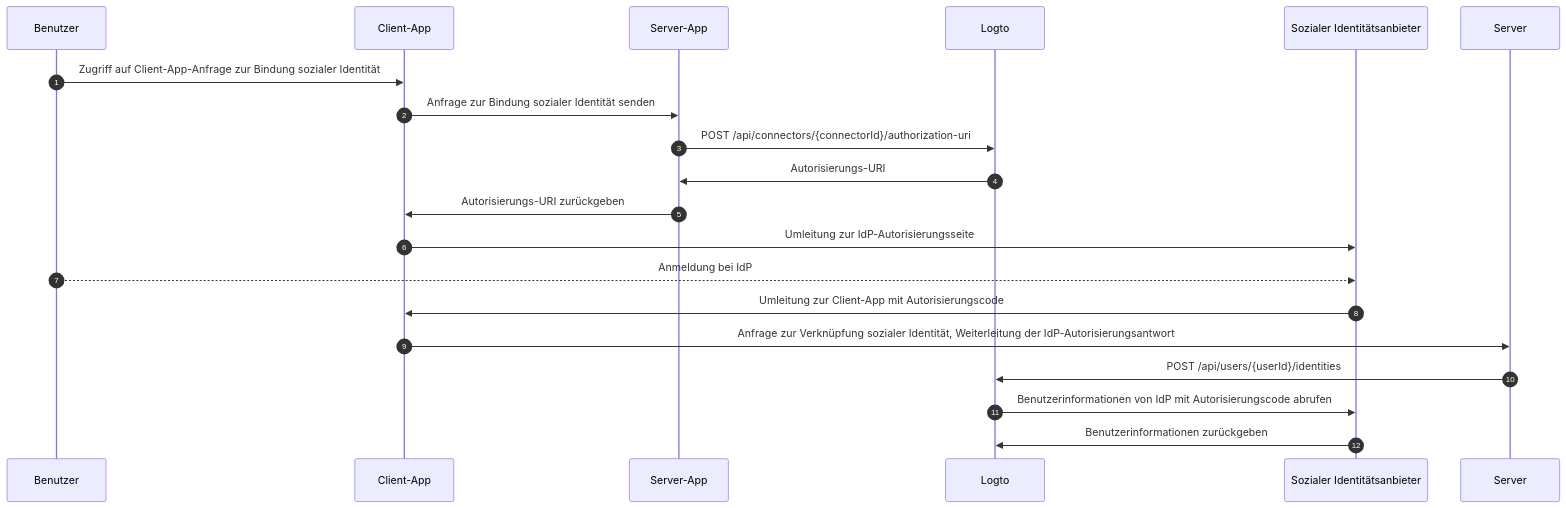
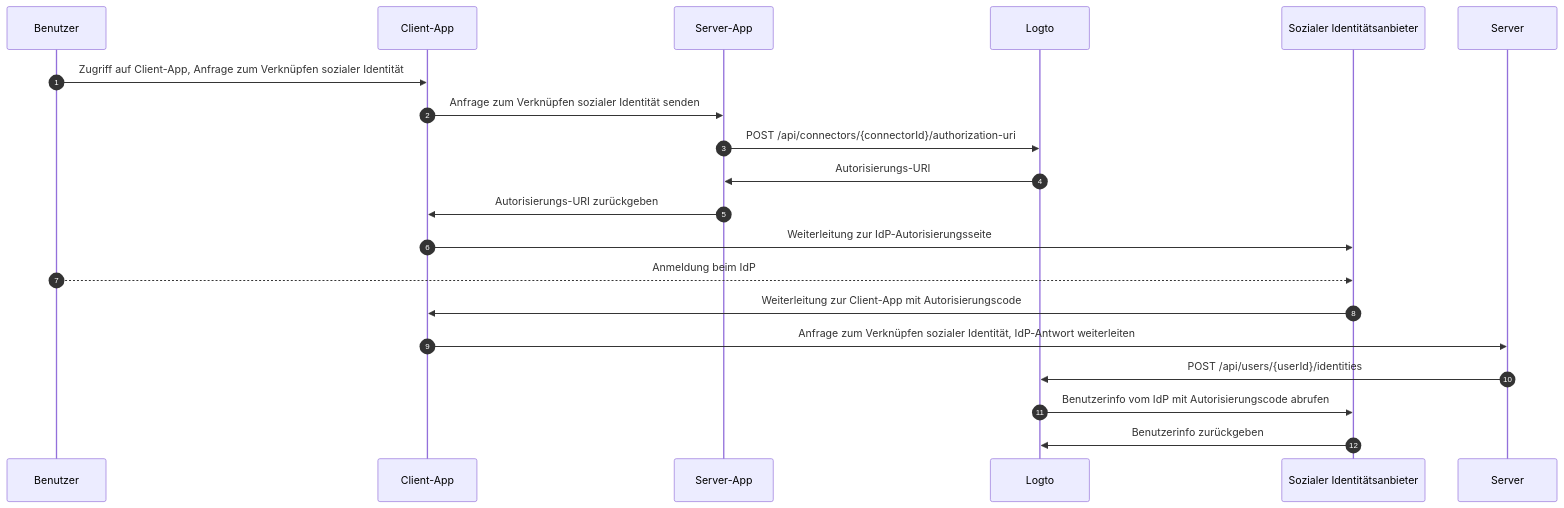
One commit to logto-io/docs changed the third of 3 diagrams in i18n/de/docusaurus-plugin-content-docs/current/end-user-flows/account-settings/by-management-api.mdx. Above: the diagram before and after it, drawn with Mermaid. The commit also changed other lines of this file and 162 other files, not shown here.

````diff
--- a/i18n/de/docusaurus-plugin-content-docs/current/end-user-flows/account-settings/by-management-api.mdx
+++ b/i18n/de/docusaurus-plugin-content-docs/current/end-user-flows/account-settings/by-management-api.mdx
@@ -120,22 +121,22 @@
 ```mermaid
 sequenceDiagram
     autoNumber
     participant User as Benutzer
     participant Client as Client-App
     participant App as Server-App
     participant Logto as Logto
     participant IdP as Sozialer Identitätsanbieter
 
-    User ->> Client: Zugriff auf Client-App-Anfrage zur Bindung sozialer Identität
-    Client ->> App: Anfrage zur Bindung sozialer Identität senden
+    User ->> Client: Zugriff auf Client-App, Anfrage zum Verknüpfen sozialer Identität
+    Client ->> App: Anfrage zum Verknüpfen sozialer Identität senden
     App ->> Logto: POST /api/connectors/{connectorId}/authorization-uri
     Logto ->> App: Autorisierungs-URI
     App ->> Client: Autorisierungs-URI zurückgeben
-    Client ->> IdP: Umleitung zur IdP-Autorisierungsseite
-    User -->> IdP: Anmeldung bei IdP
-    IdP ->> Client: Umleitung zur Client-App mit Autorisierungscode
-    Client ->> Server: Anfrage zur Verknüpfung sozialer Identität, Weiterleitung der IdP-Autorisierungsantwort
+    Client ->> IdP: Weiterleitung zur IdP-Autorisierungsseite
+    User -->> IdP: Anmeldung beim IdP
+    IdP ->> Client: Weiterleitung zur Client-App mit Autorisierungscode
+    Client ->> Server: Anfrage zum Verknüpfen sozialer Identität, IdP-Antwort weiterleiten
     Server ->> Logto: POST /api/users/{userId}/identities
-    Logto ->> IdP: Benutzerinformationen von IdP mit Autorisierungscode abrufen
-    IdP ->> Logto: Benutzerinformationen zurückgeben
+    Logto ->> IdP: Benutzerinfo vom IdP mit Autorisierungscode abrufen
+    IdP ->> Logto: Benutzerinfo zurückgeben
 ```
````
